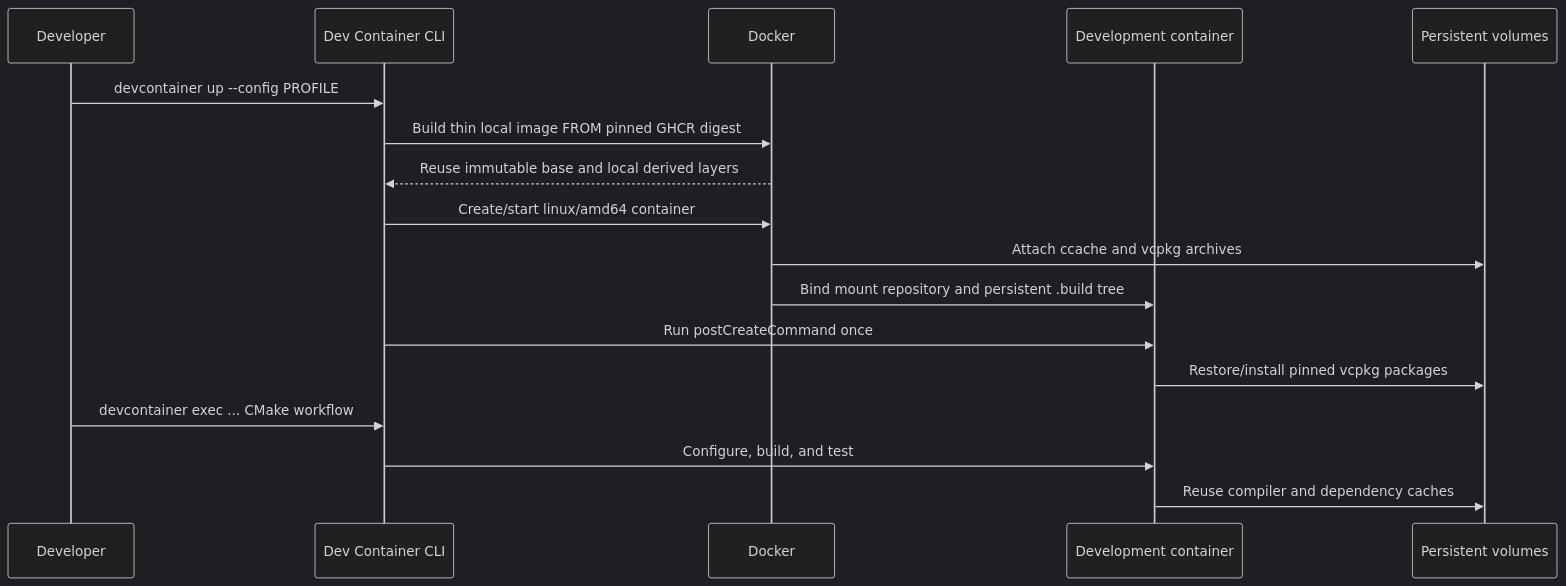
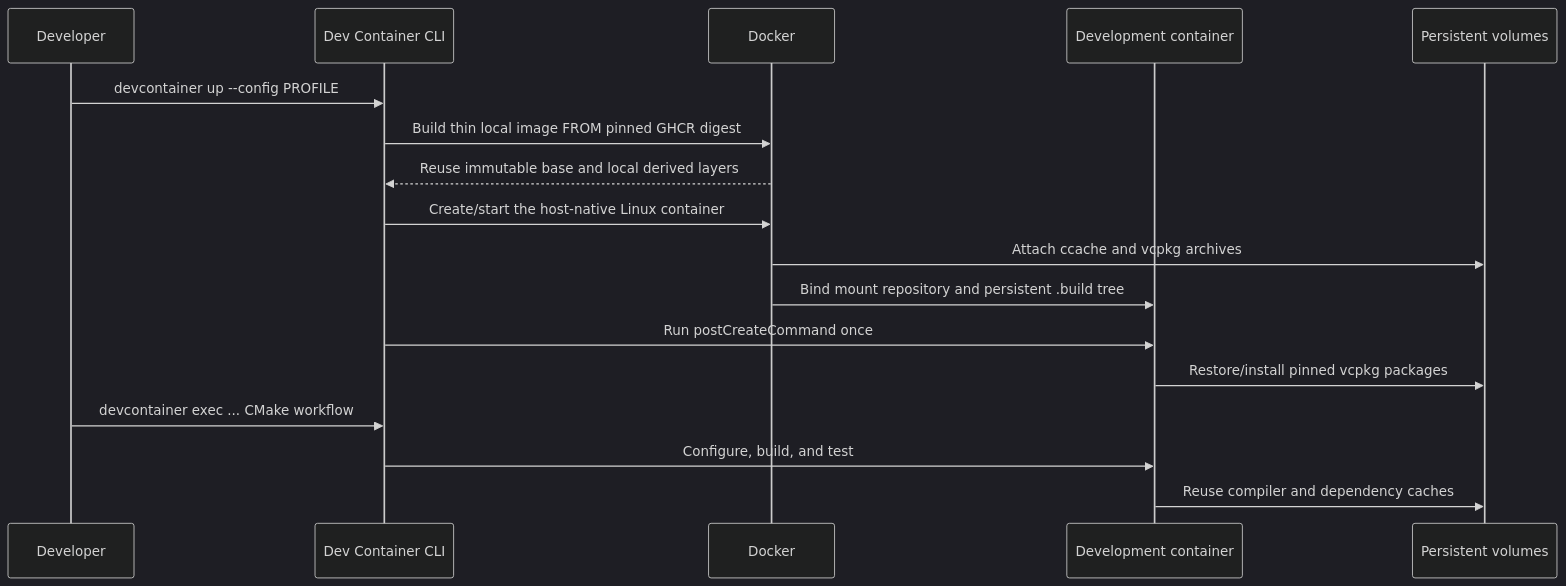
One commit to ray-manaloto/symphony-cpp changed the third of 6 diagrams in docs/toolchain-and-devcontainer-workflow.md. Above: the diagram before and after it, drawn with Mermaid (dark theme). The commit also changed other lines of this file and 7 other files, not shown here.

````diff
--- a/docs/toolchain-and-devcontainer-workflow.md
+++ b/docs/toolchain-and-devcontainer-workflow.md
@@ -112,20 +115,20 @@
 ```mermaid
 sequenceDiagram
     participant U as Developer
     participant CLI as Dev Container CLI
     participant D as Docker
     participant C as Development container
     participant V as Persistent volumes
 
     U->>CLI: devcontainer up --config PROFILE
     CLI->>D: Build thin local image FROM pinned GHCR digest
     D-->>CLI: Reuse immutable base and local derived layers
-    CLI->>D: Create/start linux/amd64 container
+    CLI->>D: Create/start the host-native Linux container
     D->>V: Attach ccache and vcpkg archives
     D->>C: Bind mount repository and persistent .build tree
     CLI->>C: Run postCreateCommand once
     C->>V: Restore/install pinned vcpkg packages
     U->>CLI: devcontainer exec ... CMake workflow
     CLI->>C: Configure, build, and test
     C->>V: Reuse compiler and dependency caches
 ```
````
